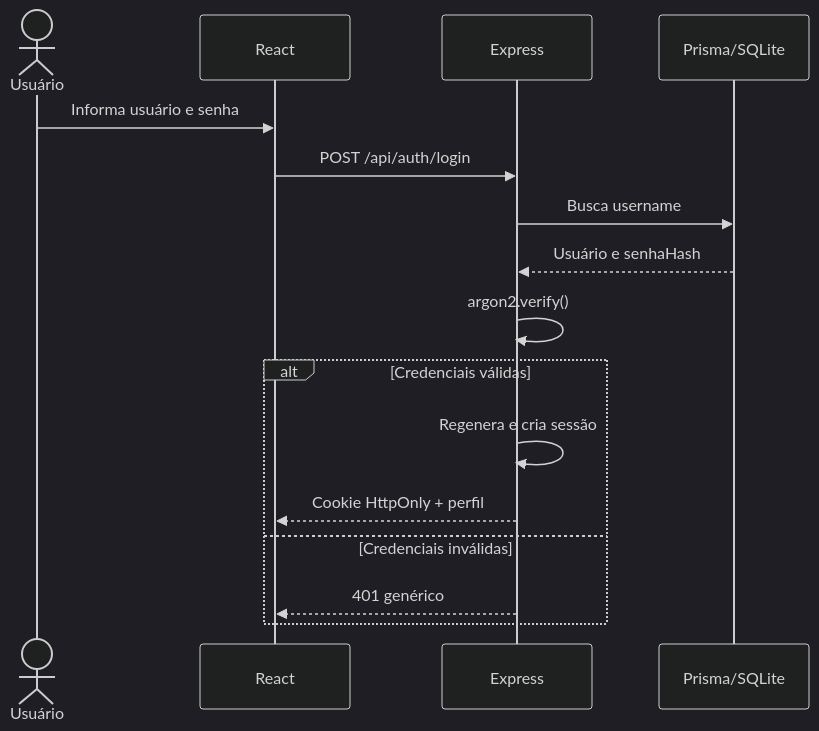
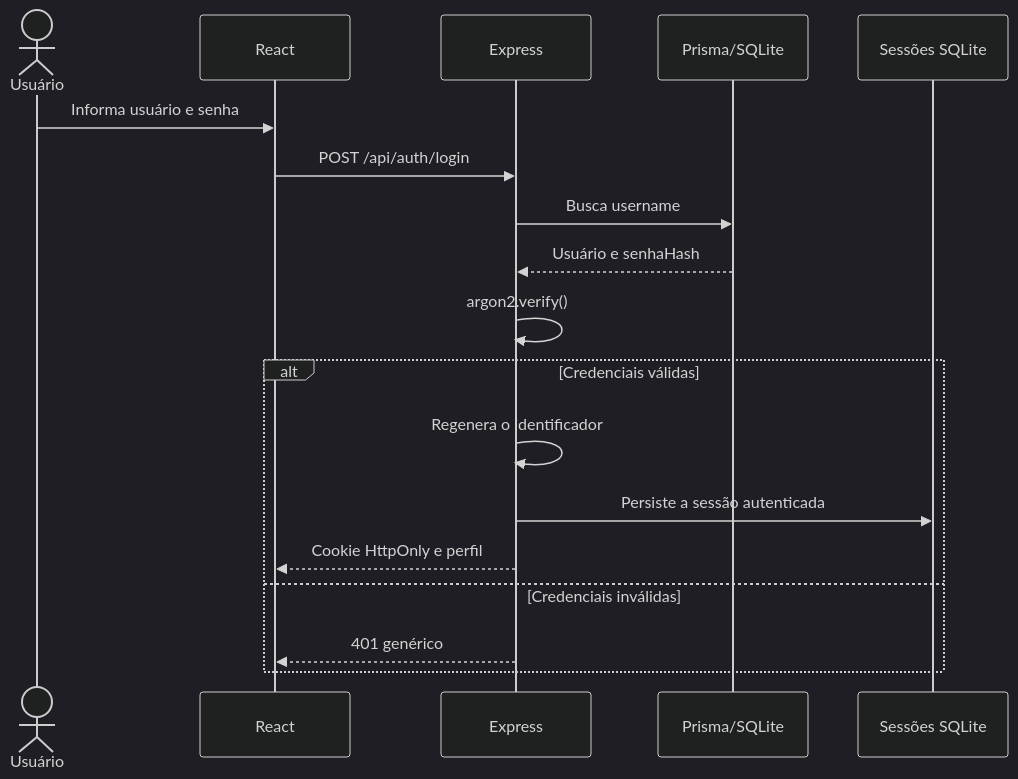
Before and after one commit to MrTicos/sistema-matricula-cincoders: the diagram in docs/arquitetura/autenticacao.md, drawn with Mermaid (dark theme). The commit also changed other lines of this file and 16 other files, not shown here.

````diff
--- a/docs/arquitetura/autenticacao.md
+++ b/docs/arquitetura/autenticacao.md
@@ -22,18 +28,20 @@
 ```mermaid
 sequenceDiagram
     actor U as Usuário
     participant W as React
     participant A as Express
     participant D as Prisma/SQLite
+    participant S as Sessões SQLite
     U->>W: Informa usuário e senha
     W->>A: POST /api/auth/login
     A->>D: Busca username
     D-->>A: Usuário e senhaHash
     A->>A: argon2.verify()
     alt Credenciais válidas
-        A->>A: Regenera e cria sessão
-        A-->>W: Cookie HttpOnly + perfil
+        A->>A: Regenera o identificador
+        A->>S: Persiste a sessão autenticada
+        A-->>W: Cookie HttpOnly e perfil
     else Credenciais inválidas
         A-->>W: 401 genérico
     end
 ```
````
